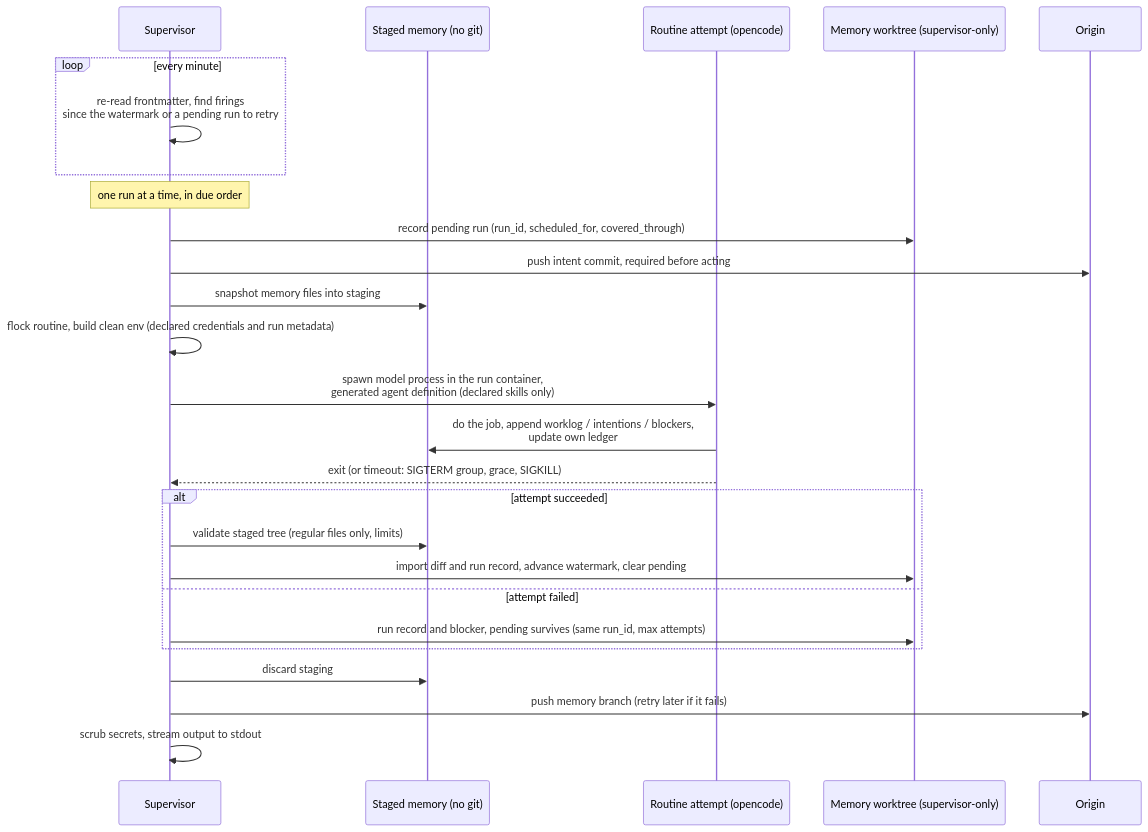
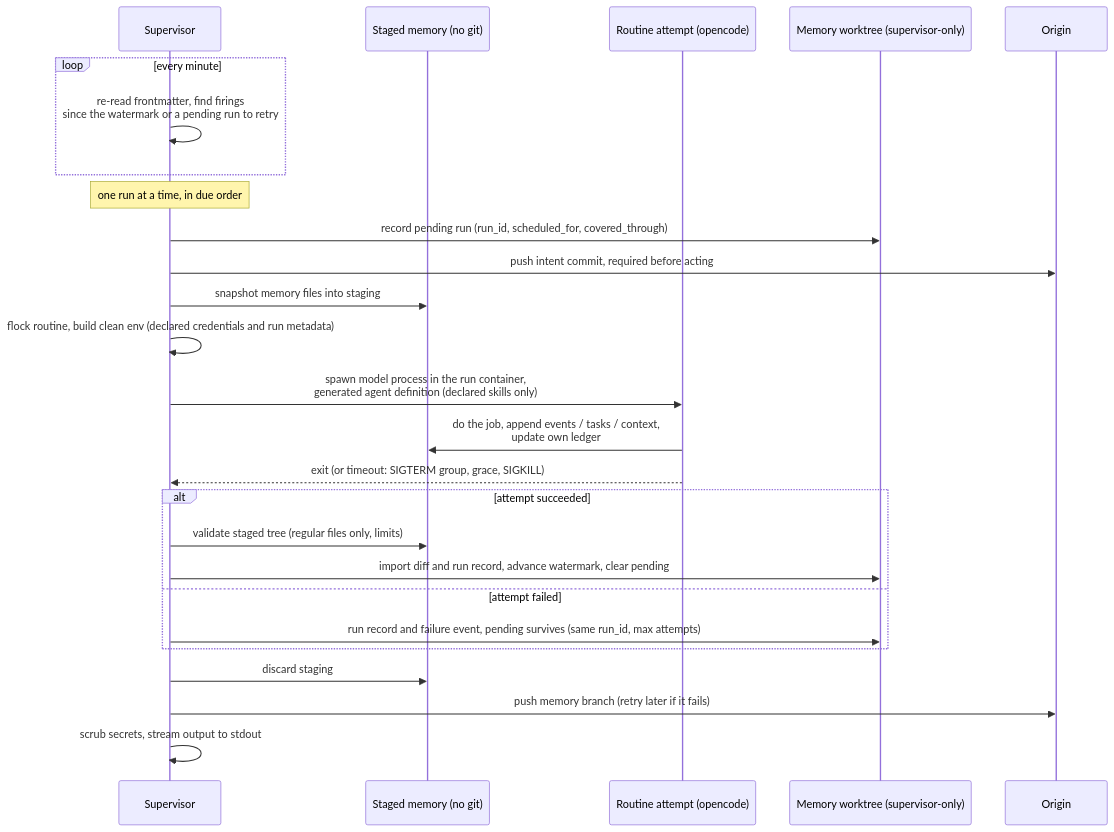
Before and after one commit to steadyspacecorp/openroutines: the diagram in DESIGN.md, drawn with Mermaid. The commit also changed other lines of this file and 19 other files, not shown here.

````diff
--- a/DESIGN.md
+++ b/DESIGN.md
@@ -151,29 +161,29 @@
 ```mermaid
 sequenceDiagram
     participant S as Supervisor
     participant St as Staged memory (no git)
     participant R as Routine attempt (opencode)
     participant W as Memory worktree (supervisor-only)
     participant O as Origin
 
     loop every minute
         S->>S: re-read frontmatter, find firings<br/>since the watermark or a pending run to retry
     end
     Note over S: one run at a time, in due order
     S->>W: record pending run (run_id, scheduled_for, covered_through)
     S->>O: push intent commit, required before acting
     S->>St: snapshot memory files into staging
     S->>S: flock routine, build clean env (declared credentials and run metadata)
     S->>R: spawn model process in the run container,<br/>generated agent definition (declared skills only)
-    R->>St: do the job, append worklog / intentions / blockers,<br/>update own ledger
+    R->>St: do the job, append events / tasks / context,<br/>update own ledger
     R-->>S: exit (or timeout: SIGTERM group, grace, SIGKILL)
     alt attempt succeeded
         S->>St: validate staged tree (regular files only, limits)
         S->>W: import diff and run record, advance watermark, clear pending
     else attempt failed
-        S->>W: run record and blocker, pending survives (same run_id, max attempts)
+        S->>W: run record and failure event, pending survives (same run_id, max attempts)
     end
     S->>St: discard staging
     S->>O: push memory branch (retry later if it fails)
     S->>S: scrub secrets, stream output to stdout
 ```
````
